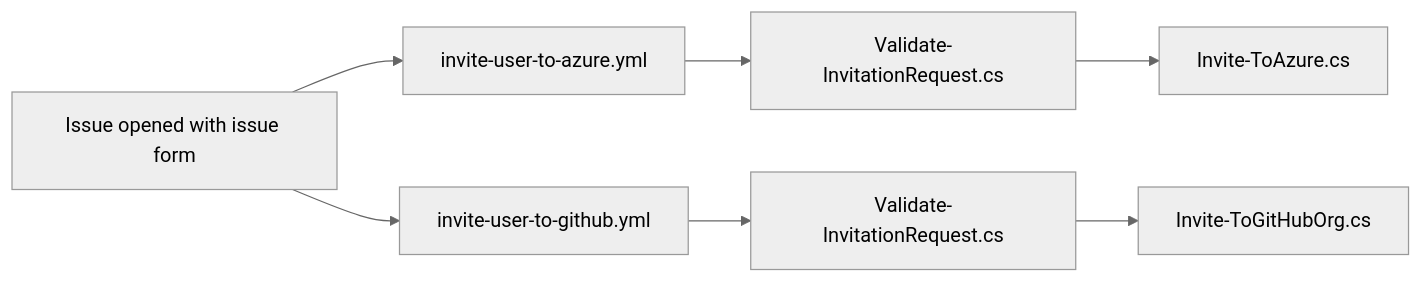
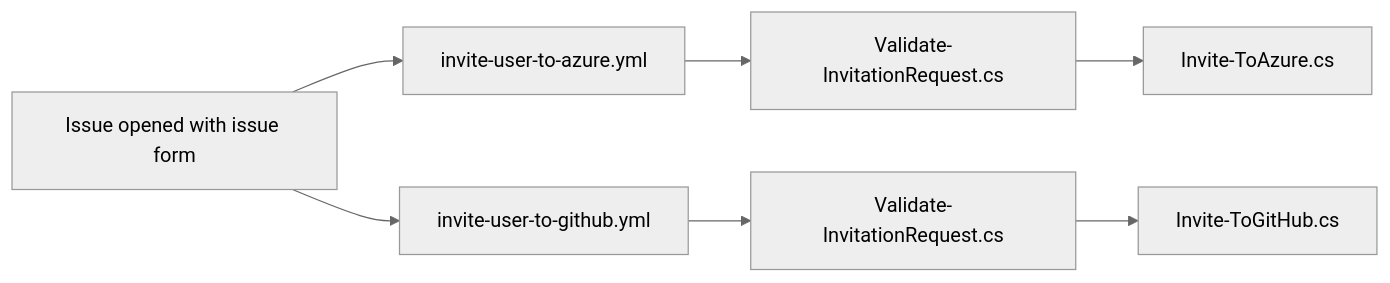
Before and after one commit to devrel-kr/invitation: the diagram in README.md, drawn with Mermaid (neutral theme). The commit also changed other lines of this file and 3 other files, not shown here.

First line of the commit message:
Rename Invite-ToGitHubOrg.cs to Invite-ToGitHub.cs

````diff
--- a/README.md
+++ b/README.md
@@ -31,12 +31,12 @@
 ```mermaid
 flowchart LR
     A[Issue opened with issue form]
 
     A --> B[invite-user-to-azure.yml]
     B --> C[Validate-InvitationRequest.cs]
     C --> D[Invite-ToAzure.cs]
 
     A --> E[invite-user-to-github.yml]
     E --> F[Validate-InvitationRequest.cs]
-    F --> G[Invite-ToGitHubOrg.cs]
+    F --> G[Invite-ToGitHub.cs]
 ```
````
